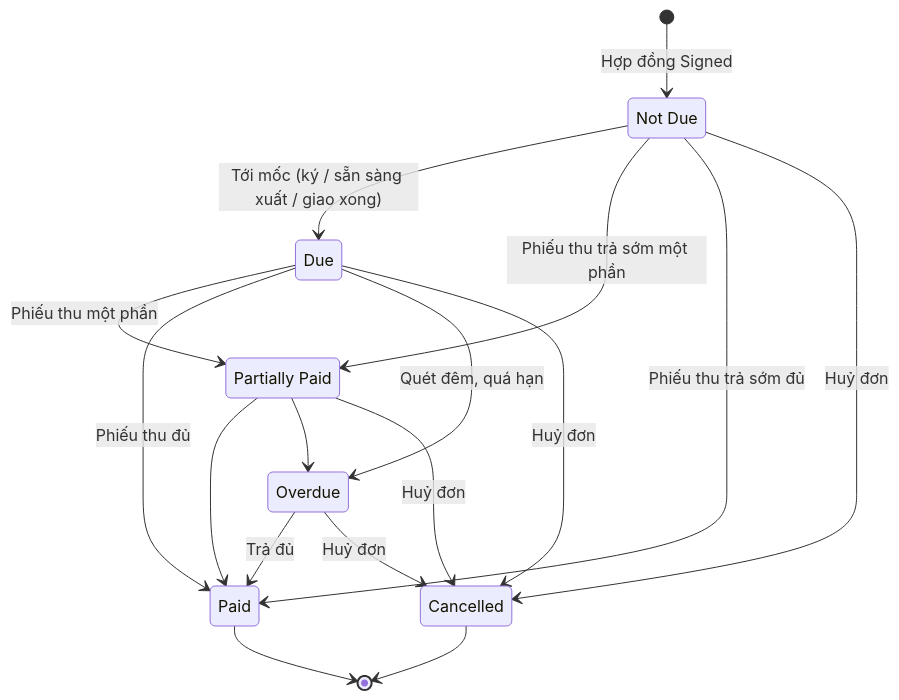
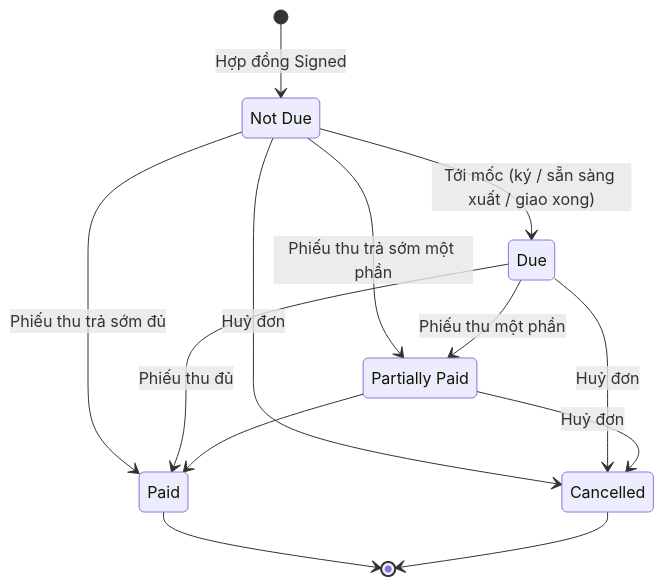
One commit to KLTN-FA26/docs changed the first of 2 diagrams in docs/ecommerce/15-payment/README.md. Above: the diagram before and after it, drawn with Mermaid. The commit also changed other lines of this file and 5 other files, not shown here.

````diff
--- a/docs/ecommerce/15-payment/README.md
+++ b/docs/ecommerce/15-payment/README.md
@@ -176,21 +177,17 @@
 ```mermaid
 stateDiagram-v2
     state "Not Due" as NotDue
     state "Partially Paid" as PartiallyPaid
     [*] --> NotDue: Hợp đồng Signed
     NotDue --> Due: Tới mốc (ký / sẵn sàng xuất / giao xong)
     NotDue --> PartiallyPaid: Phiếu thu trả sớm một phần
     NotDue --> Paid: Phiếu thu trả sớm đủ
     Due --> PartiallyPaid: Phiếu thu một phần
     Due --> Paid: Phiếu thu đủ
-    Due --> Overdue: Quét đêm, quá hạn
     PartiallyPaid --> Paid
-    PartiallyPaid --> Overdue
-    Overdue --> Paid: Trả đủ
     NotDue --> Cancelled: Huỷ đơn
     Due --> Cancelled: Huỷ đơn
     PartiallyPaid --> Cancelled: Huỷ đơn
-    Overdue --> Cancelled: Huỷ đơn
     Paid --> [*]
     Cancelled --> [*]
 ```
````
